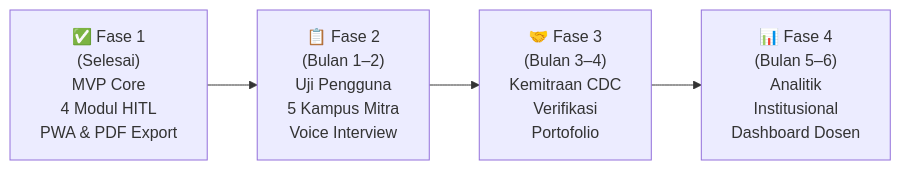
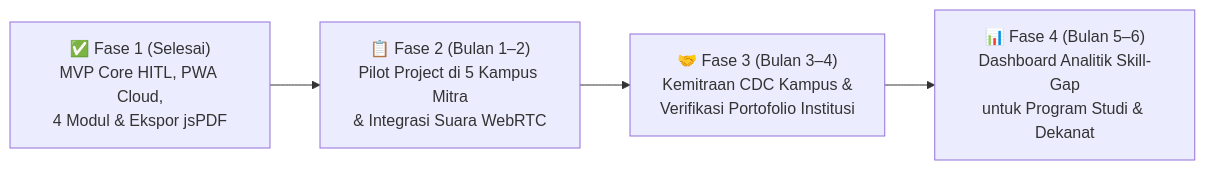
One commit to rikiardiansyah-web/CareerStudentAI changed the third of 3 diagrams in PROPOSAL_GDI_FEST_2026.md. Above: the diagram before and after it, drawn with Mermaid. The commit also changed other lines of this file and 4 other files, not shown here.

````diff
--- a/PROPOSAL_GDI_FEST_2026.md
+++ b/PROPOSAL_GDI_FEST_2026.md
@@ -313,6 +268,6 @@
 ```mermaid
 flowchart LR
-    F1["✅ Fase 1\n(Selesai)\nMVP Core\n4 Modul HITL\nPWA & PDF Export"] --> F2["📋 Fase 2\n(Bulan 1–2)\nUji Pengguna\n5 Kampus Mitra\nVoice Interview"]
-    F2 --> F3["🤝 Fase 3\n(Bulan 3–4)\nKemitraan CDC\nVerifikasi\nPortofolio"]
-    F3 --> F4["📊 Fase 4\n(Bulan 5–6)\nAnalitik\nInstitusional\nDashboard Dosen"]
+    F1["✅ Fase 1 (Selesai)\nMVP Core HITL, PWA Cloud,\n4 Modul & Ekspor jsPDF"] --> F2["📋 Fase 2 (Bulan 1–2)\nPilot Project di 5 Kampus Mitra\n& Integrasi Suara WebRTC"]
+    F2 --> F3["🤝 Fase 3 (Bulan 3–4)\nKemitraan CDC Kampus &\nVerifikasi Portofolio Institusi"]
+    F3 --> F4["📊 Fase 4 (Bulan 5–6)\nDashboard Analitik Skill-Gap\nuntuk Program Studi & Dekanat"]
 ```
````
